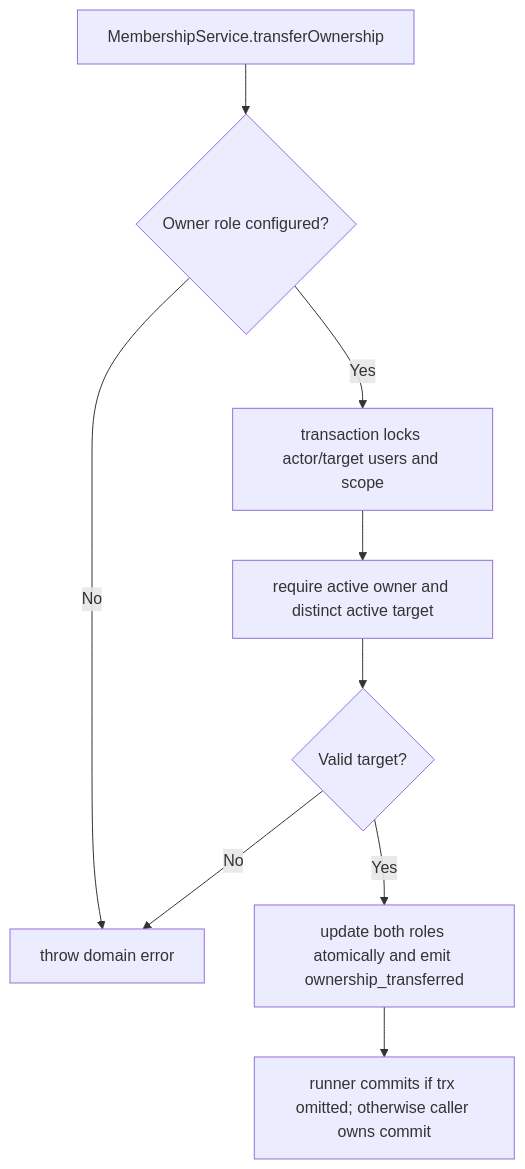
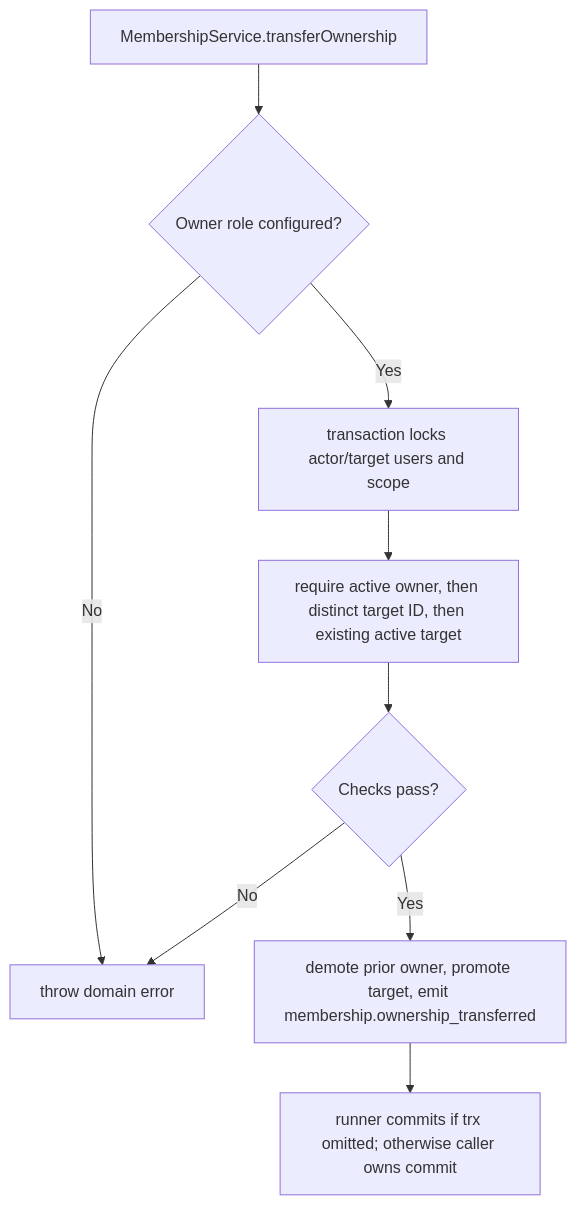
The second of 2 diagrams in user-stories/US-ACCESS-08-transfer-ownership.md (Kevinjohn/oss-adonisjs-access-control), drawn with Mermaid before and after one commit. The commit also changed other lines of this file and 31 other files, not shown here.

````diff
--- a/user-stories/US-ACCESS-08-transfer-ownership.md
+++ b/user-stories/US-ACCESS-08-transfer-ownership.md
@@ -31,11 +31,11 @@
 ```mermaid
 flowchart TD
     A["MembershipService.transferOwnership"] --> O{"Owner role configured?"}
     O -->|No| E["throw domain error"]
     O -->|Yes| B["transaction locks actor/target users and scope"]
-    B --> C["require active owner and distinct active target"]
-    C --> D{"Valid target?"}
+    B --> C["require active owner, then distinct target ID, then existing active target"]
+    C --> D{"Checks pass?"}
     D -->|No| E["throw domain error"]
-    D -->|Yes| F["update both roles atomically and emit ownership_transferred"]
+    D -->|Yes| F["demote prior owner, promote target, emit membership.ownership_transferred"]
     F --> G["runner commits if trx omitted; otherwise caller owns commit"]
 ```
````
